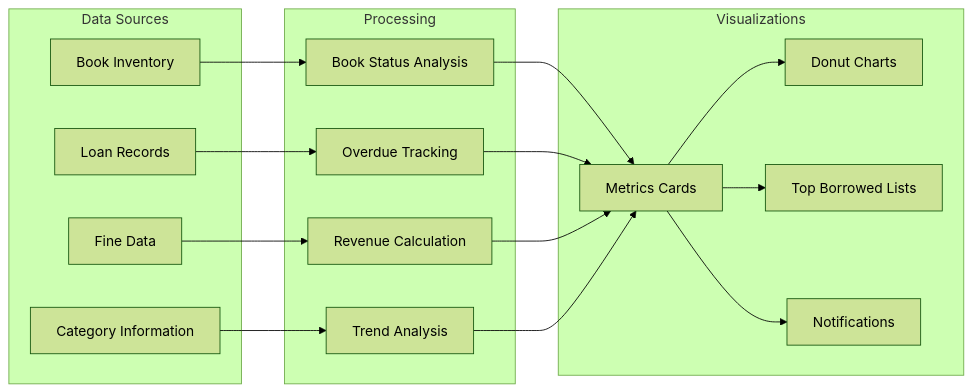
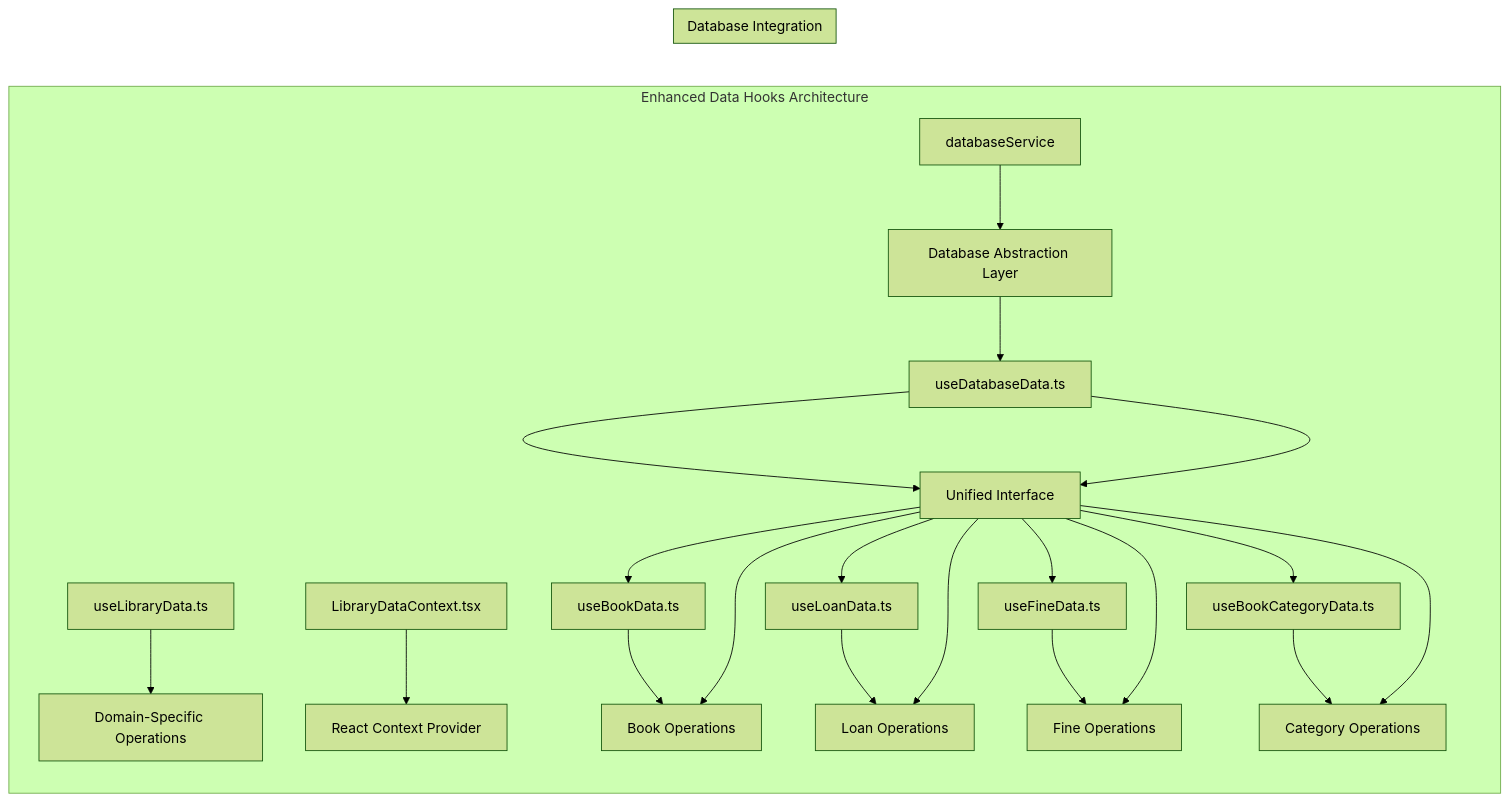
The seventh of 8 diagrams in .qoder/repowiki/en/content/Modules System/Library Module.md (geniusdynamics/schoolpilot), drawn with Mermaid (forest theme) before and after one commit. The commit also changed other lines of this file and 16 other files, not shown here.

````diff
--- a/.qoder/repowiki/en/content/Modules System/Library Module.md
+++ b/.qoder/repowiki/en/content/Modules System/Library Module.md
@@ -290,32 +399,25 @@
 ```mermaid
 graph LR
-subgraph "Data Sources"
-A[Book Inventory]
-B[Loan Records]
-C[Fine Data]
-D[Category Information]
+subgraph "Enhanced Data Hooks Architecture"
+A[useLibraryData.ts] --> B[Domain-Specific Operations]
+C[LibraryDataContext.tsx] --> D[React Context Provider]
+E[databaseService] --> F[Database Abstraction Layer]
+G[useDatabaseData.ts] --> H[Unified Interface]
+I[useBookData.ts] --> J[Book Operations]
+K[useLoanData.ts] --> L[Loan Operations]
+M[useFineData.ts] --> N[Fine Operations]
+O[useBookCategoryData.ts] --> P[Category Operations]
 end
-subgraph "Processing"
-E[Book Status Analysis]
-F[Overdue Tracking]
-G[Revenue Calculation]
-H[Trend Analysis]
+subgraph "Database Integration"
+F --> G
+G --> H
+H --> I
+H --> J
+H --> K
+H --> L
+H --> M
+H --> N
+H --> O
+H --> P
 end
-subgraph "Visualizations"
-I[Metrics Cards]
-J[Donut Charts]
-K[Top Borrowed Lists]
-L[Notifications]
-end
-A --> E
-B --> F
-C --> G
-D --> H
-E --> I
-F --> I
-G --> I
-H --> I
-I --> J
-I --> K
-I --> L
 ```
````
